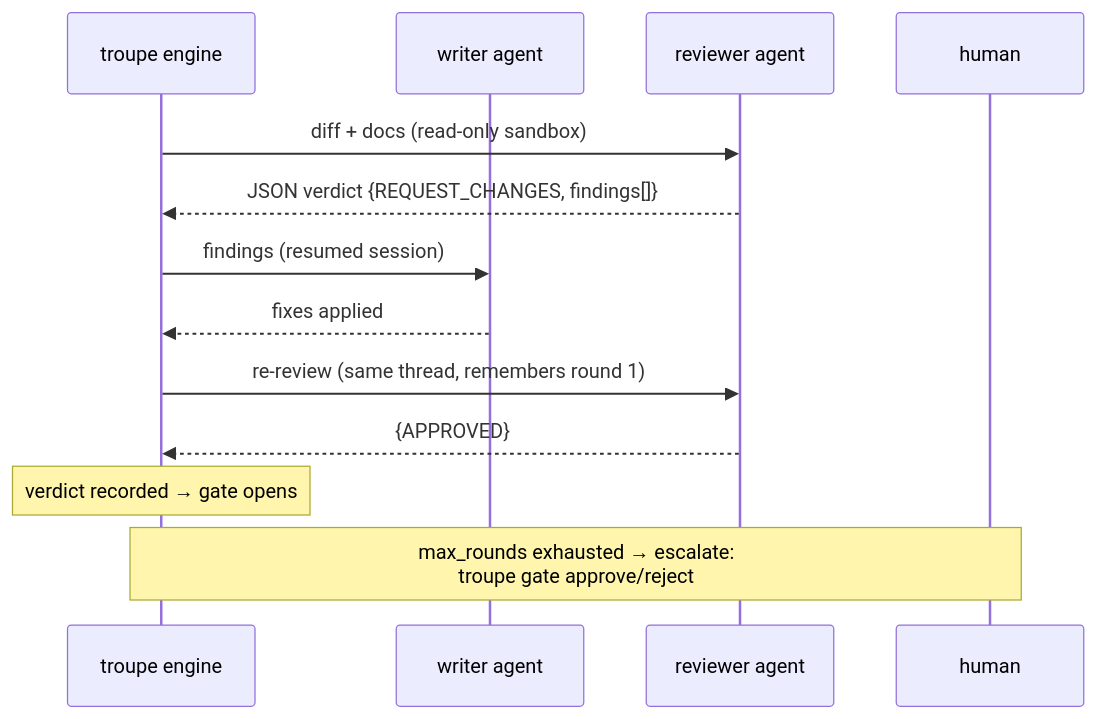
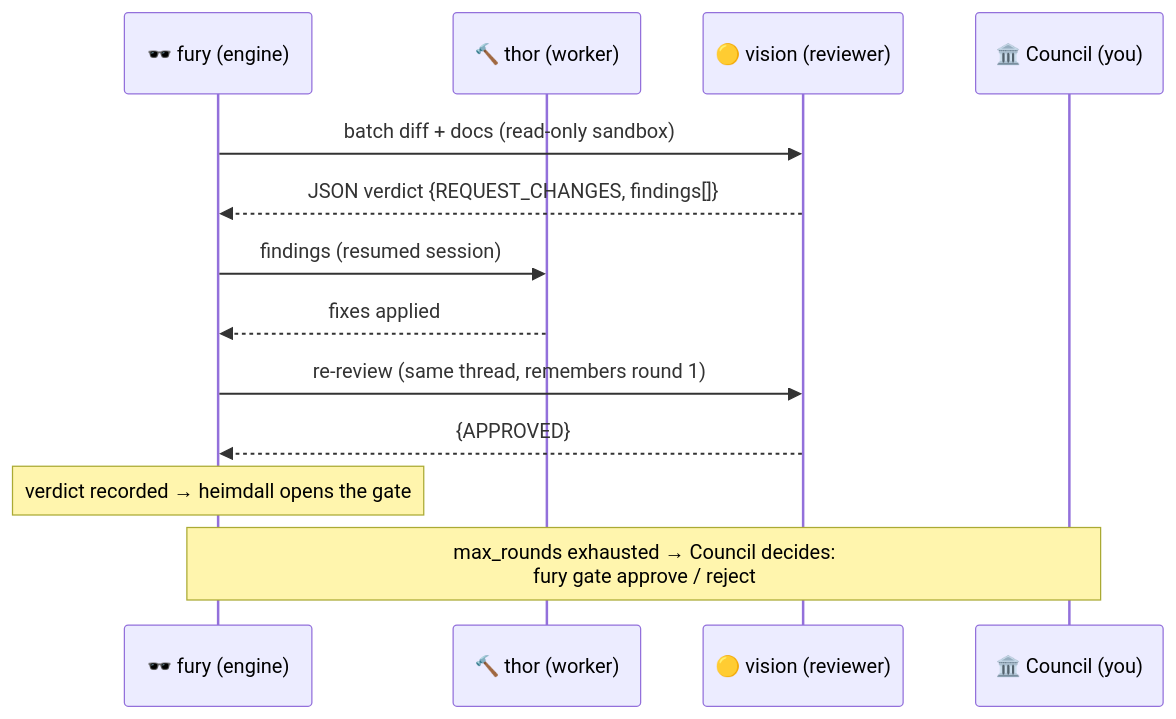
Before and after one commit to basant-kumar/assemble: the third of 3 diagrams in README.md, drawn with Mermaid. The commit also changed other lines of this file and 2 other files, not shown here.

Commit message:
docs: MCU theme — fury orchestrator, Avengers roster as agent roles, themed README + config catalog

````diff
--- a/README.md
+++ b/README.md
@@ -69,15 +91,15 @@
 ```mermaid
 sequenceDiagram
-    participant E as troupe engine
-    participant W as writer agent
-    participant R as reviewer agent
-    participant H as human
-    E->>R: diff + docs (read-only sandbox)
-    R-->>E: JSON verdict {REQUEST_CHANGES, findings[]}
-    E->>W: findings (resumed session)
-    W-->>E: fixes applied
-    E->>R: re-review (same thread, remembers round 1)
-    R-->>E: {APPROVED}
-    Note over E: verdict recorded → gate opens
-    Note over E,H: max_rounds exhausted → escalate:<br/>troupe gate approve/reject
+    participant F as 🕶️ fury (engine)
+    participant T as 🔨 thor (worker)
+    participant V as 🟡 vision (reviewer)
+    participant C as 🏛️ Council (you)
+    F->>V: batch diff + docs (read-only sandbox)
+    V-->>F: JSON verdict {REQUEST_CHANGES, findings[]}
+    F->>T: findings (resumed session)
+    T-->>F: fixes applied
+    F->>V: re-review (same thread, remembers round 1)
+    V-->>F: {APPROVED}
+    Note over F: verdict recorded → heimdall opens the gate
+    Note over F,C: max_rounds exhausted → Council decides:<br/>fury gate approve / reject
 ```
````
